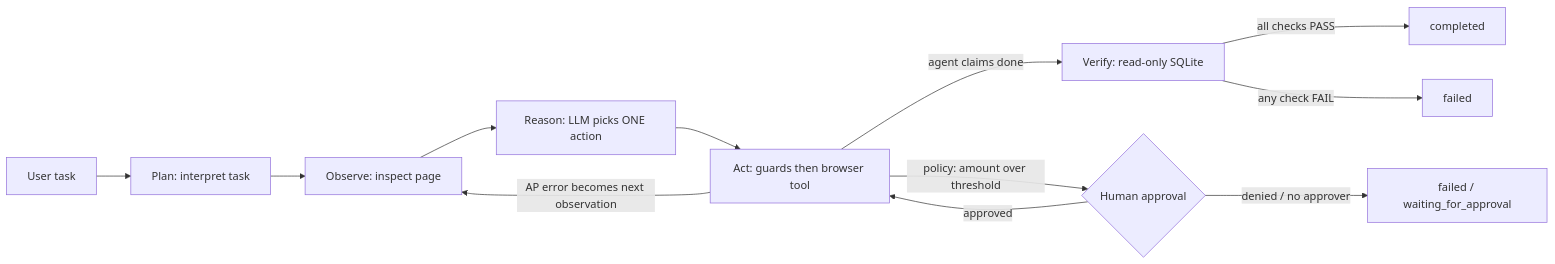
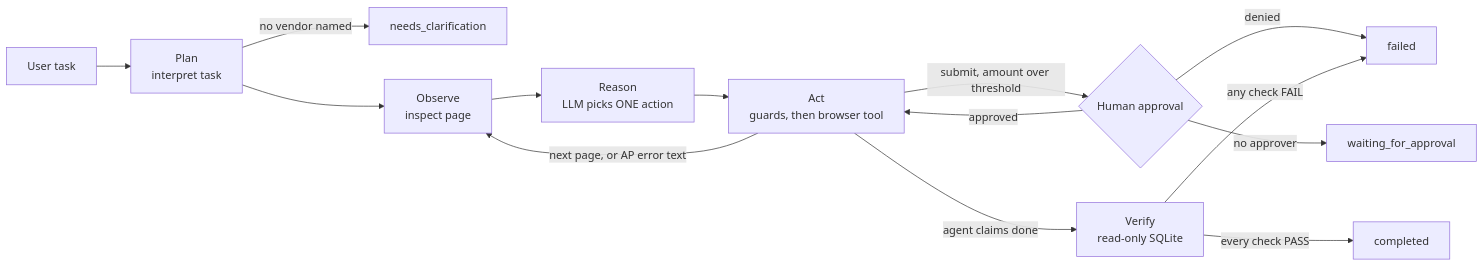
The diagram in README.md (ayushverma-codes/invoiceop-ai-worker), drawn with Mermaid before and after one commit. The commit also changed other lines of this file, not shown here.

````diff
--- a/README.md
+++ b/README.md
@@ -28,14 +66,16 @@
 ```mermaid
 flowchart LR
-    T[User task] --> P[Plan: interpret task]
-    P --> O[Observe: inspect page]
-    O --> R[Reason: LLM picks ONE action]
-    R --> A[Act: guards then browser tool]
-    A -->|AP error becomes next observation| O
-    A -->|agent claims done| V[Verify: read-only SQLite]
-    A -->|policy: amount over threshold| H{Human approval}
+    T[User task] --> P[Plan<br/>interpret task]
+    P -->|no vendor named| NC[needs_clarification]
+    P --> O[Observe<br/>inspect page]
+    O --> R[Reason<br/>LLM picks ONE action]
+    R --> A[Act<br/>guards, then browser tool]
+    A -->|next page, or AP error text| O
+    A -->|submit, amount over threshold| H{Human approval}
     H -->|approved| A
-    H -->|denied / no approver| E[failed / waiting_for_approval]
-    V -->|all checks PASS| C[completed]
-    V -->|any check FAIL| F[failed]
+    H -->|denied| F[failed]
+    H -->|no approver| W[waiting_for_approval]
+    A -->|agent claims done| V[Verify<br/>read-only SQLite]
+    V -->|every check PASS| C[completed]
+    V -->|any check FAIL| F
 ```
````
